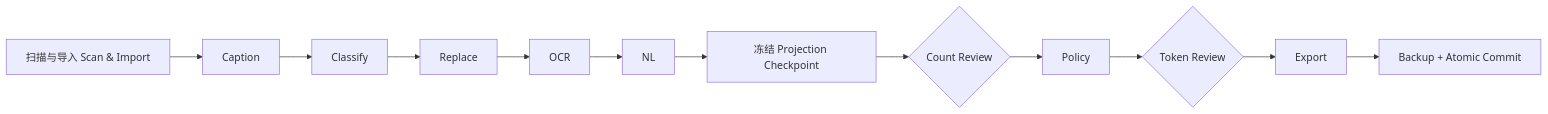
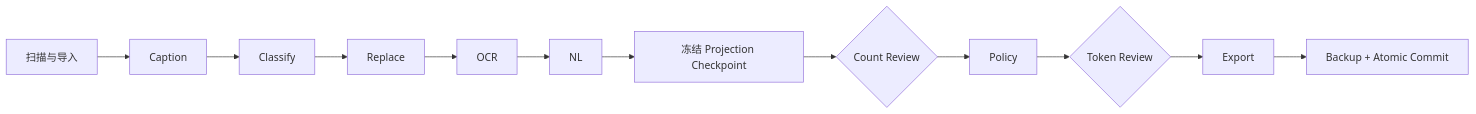
Before and after one commit to nzs234/Tagger2_Inference_Rebuild2: the diagram in README.md, drawn with Mermaid. The commit also changed other lines of this file and 1 other file, not shown here.

````diff
--- a/README.md
+++ b/README.md
@@ -355,14 +228,14 @@
 ```mermaid
 flowchart LR
-    A["扫描与导入 Scan & Import"] --> B["Caption"]
+    A["扫描与导入"] --> B["Caption"]
     B --> C["Classify"]
     C --> D["Replace"]
     D --> E["OCR"]
     E --> F["NL"]
     F --> G["冻结 Projection Checkpoint"]
     G --> H{"Count Review"}
     H --> I["Policy"]
     I --> J{"Token Review"}
     J --> K["Export"]
     K --> L["Backup + Atomic Commit"]
 ```
````
